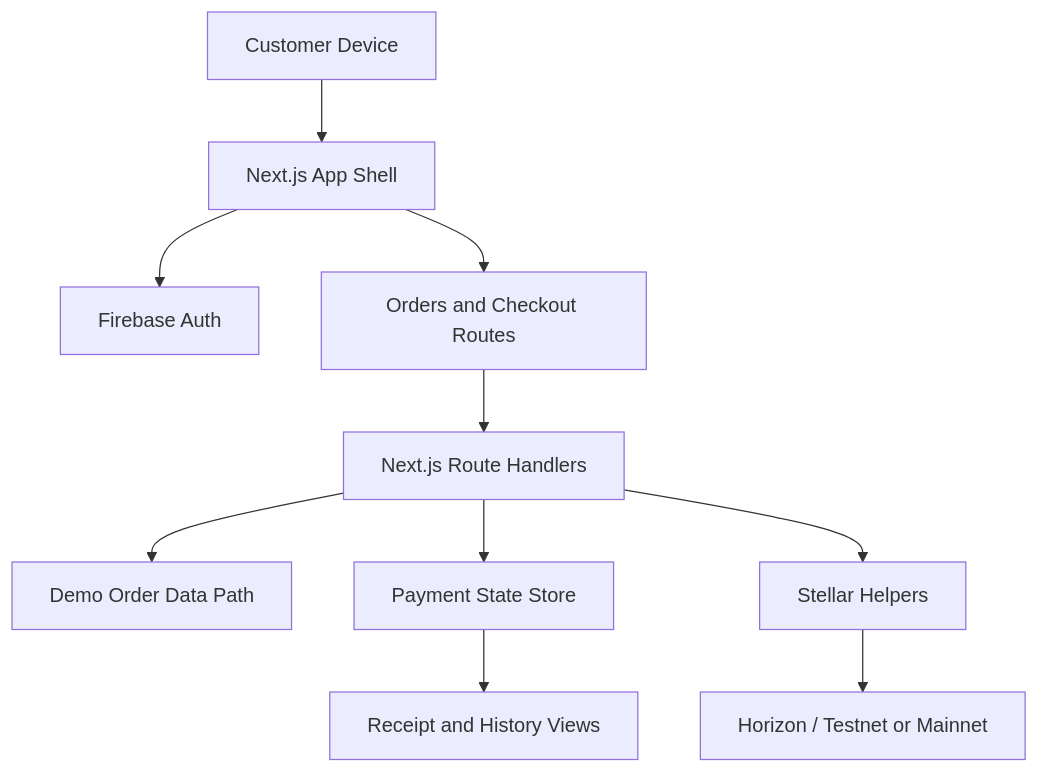
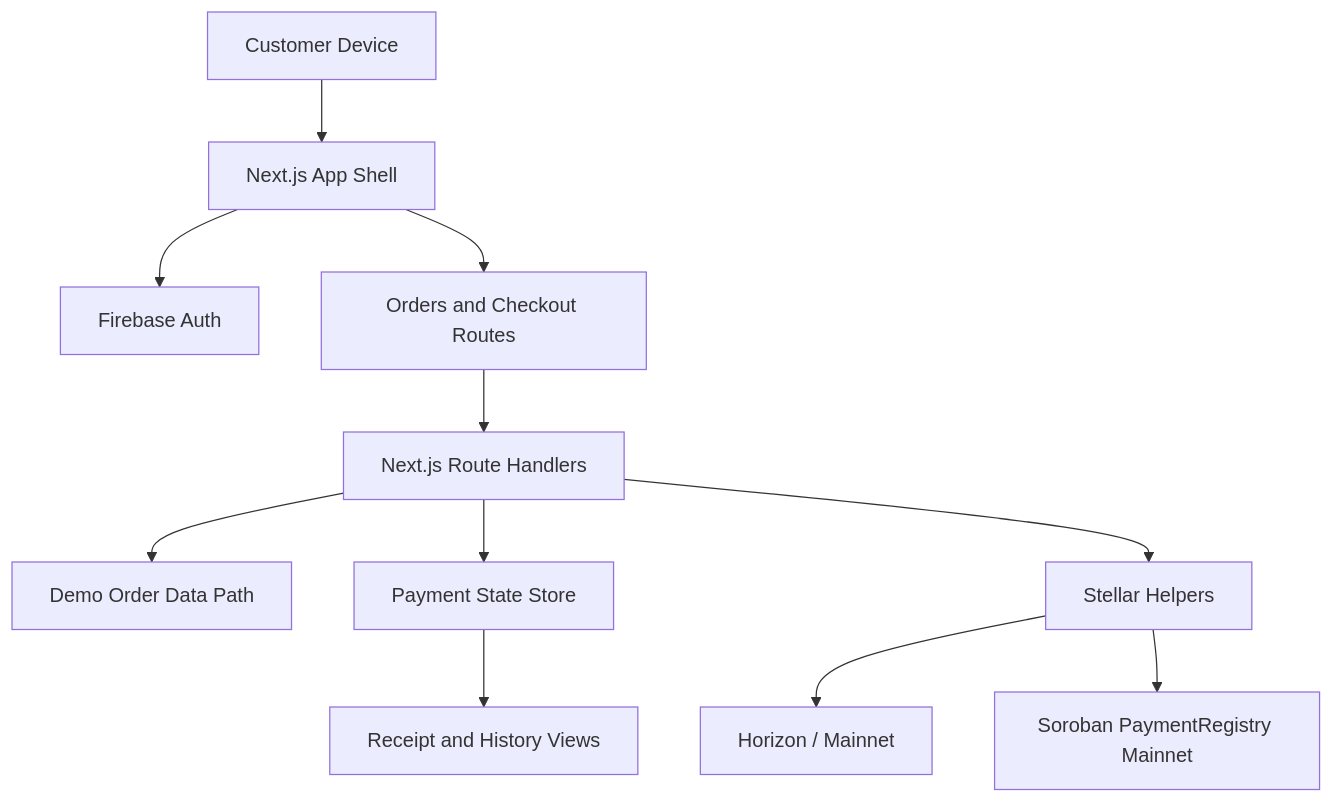
The diagram in docs/architecture.md (seansabado/stellar), drawn with Mermaid before and after one commit. The commit also changed other lines of this file and 11 other files, not shown here.

Commit message:
docs(mainnet): sync Soroban logging proof and judge pitch

````diff
--- a/docs/architecture.md
+++ b/docs/architecture.md
@@ -21,12 +21,13 @@
 ```mermaid
 flowchart TD
   A[Customer Device] --> B[Next.js App Shell]
   B --> C[Firebase Auth]
   B --> D[Orders and Checkout Routes]
   D --> E[Next.js Route Handlers]
   E --> F[Demo Order Data Path]
   E --> G[Payment State Store]
   E --> H[Stellar Helpers]
-  H --> I[Horizon / Testnet or Mainnet]
+  H --> I[Horizon / Mainnet]
+  H --> K[Soroban PaymentRegistry Mainnet]
   G --> J[Receipt and History Views]
 ```
````
